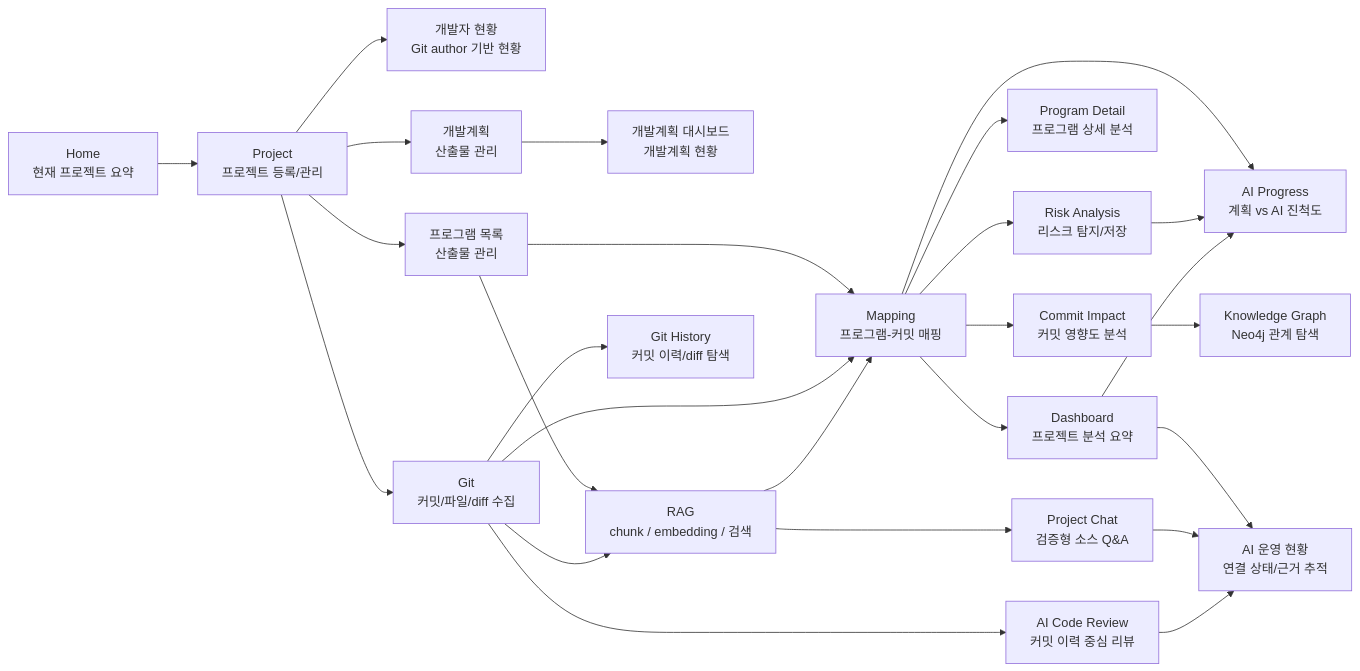
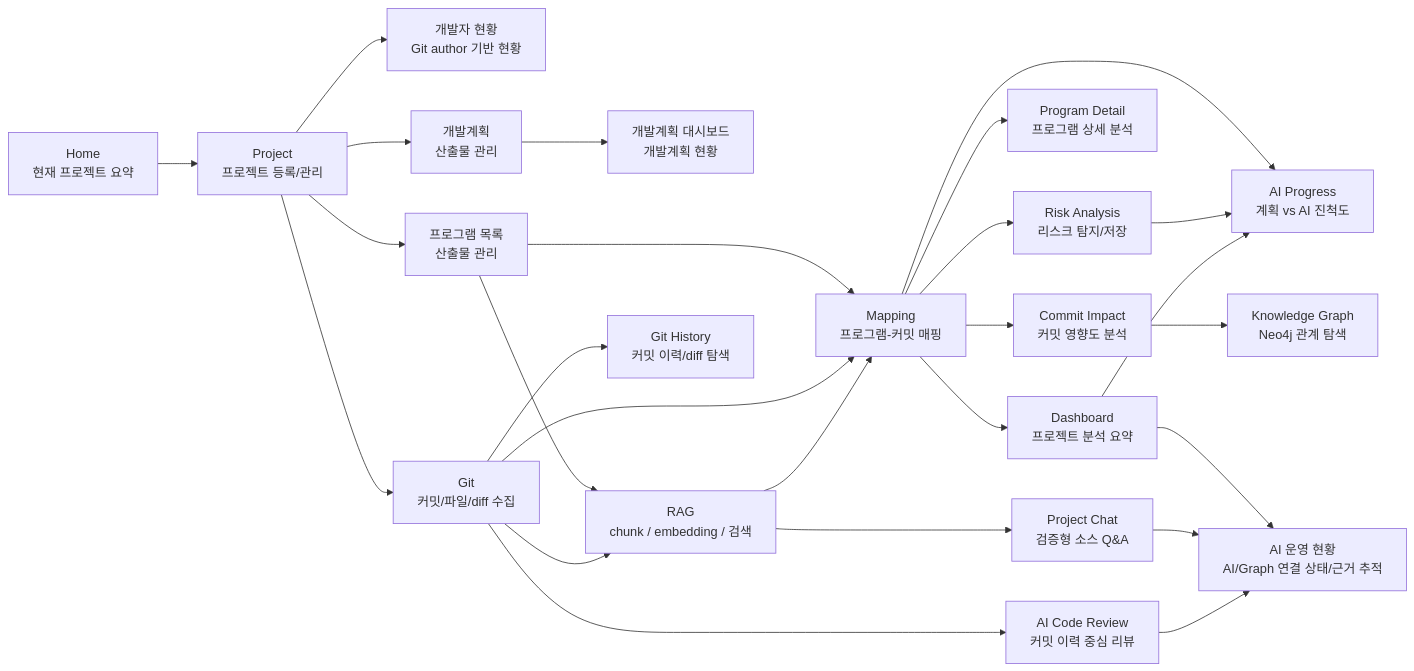
The fourth of 10 diagrams in docs/architecture.md (ino5/ai-commit-advisor-26), drawn with Mermaid before and after one commit. The commit also changed other lines of this file and 11 other files, not shown here.

Commit message:
Show graph status in AI operations

````diff
--- a/docs/architecture.md
+++ b/docs/architecture.md
@@ -187,28 +187,28 @@
 ```mermaid
 flowchart LR
     Home["Home<br/>현재 프로젝트 요약"] --> Project["Project<br/>프로젝트 등록/관리"]
     Project --> Developer["개발자 현황<br/>Git author 기반 현황"]
     Project --> Program["프로그램 목록<br/>산출물 관리"]
     Project --> PlanUpload["개발계획<br/>산출물 관리"]
     Project --> Git["Git<br/>커밋/파일/diff 수집"]
     Program --> Mapping["Mapping<br/>프로그램-커밋 매핑"]
     PlanUpload --> PlanningDashboard["개발계획 대시보드<br/>개발계획 현황"]
     Git --> Mapping
     Program --> RAG["RAG<br/>chunk / embedding / 검색"]
     Git --> RAG
     RAG --> Mapping
     RAG --> ProjectChat["Project Chat<br/>검증형 소스 Q&A"]
     Mapping --> ProgramDetail["Program Detail<br/>프로그램 상세 분석"]
     Git --> GitHistory["Git History<br/>커밋 이력/diff 탐색"]
     Mapping --> Risk["Risk Analysis<br/>리스크 탐지/저장"]
     Mapping --> Impact["Commit Impact<br/>커밋 영향도 분석"]
     Impact --> KnowledgeGraph["Knowledge Graph<br/>Neo4j 관계 탐색"]
     Git --> CodeReview["AI Code Review<br/>커밋 이력 중심 리뷰"]
     Mapping --> Dashboard["Dashboard<br/>프로젝트 분석 요약"]
     Mapping --> AIProgress["AI Progress<br/>계획 vs AI 진척도"]
     Risk --> AIProgress
     Dashboard --> AIProgress
-    Dashboard --> AIEvidence["AI 운영 현황<br/>연결 상태/근거 추적"]
+    Dashboard --> AIEvidence["AI 운영 현황<br/>AI/Graph 연결 상태/근거 추적"]
     ProjectChat --> AIEvidence
     CodeReview --> AIEvidence
 ```
````
